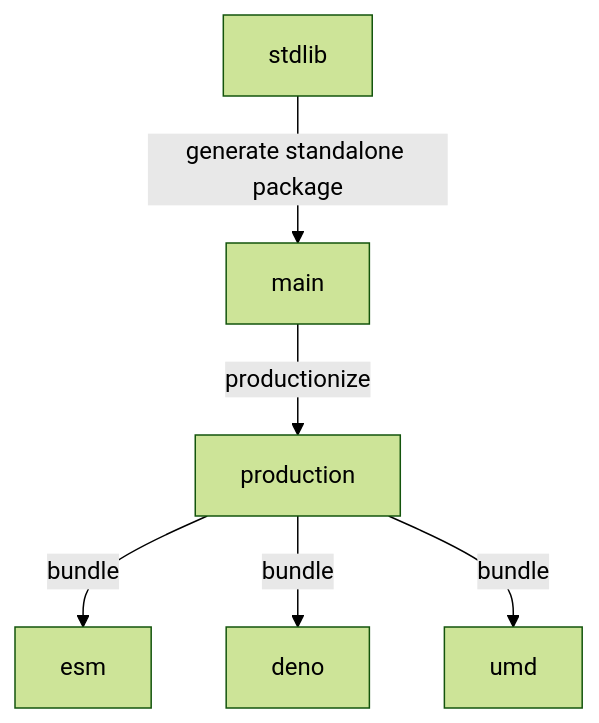
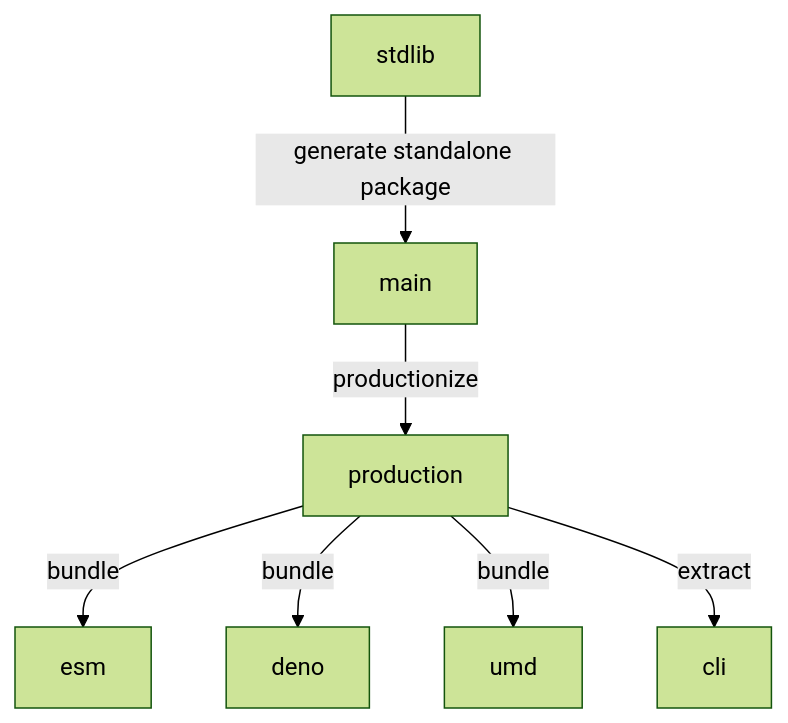
One commit to stdlib-js/random-streams-levy changed the diagram in branches.md. Above: the diagram before and after it, drawn with Mermaid (forest theme). The commit also changed other lines of this file and 11 other files, not shown here.

````diff
--- a/branches.md
+++ b/branches.md
@@ -33,15 +34,17 @@
 ```mermaid
 graph TD;
 A[stdlib]-->|generate standalone package|B;
 B[main] -->|productionize| C[production];
 C -->|bundle| D[esm];
 C -->|bundle| E[deno];
 C -->|bundle| F[umd];
+C -->|extract| G[cli];
 
-click A href "https://github.com/stdlib-js/stdlib/tree/develop/lib/node_modules/%40stdlib/random/streams/levy"
-click B href "https://github.com/stdlib-js/random-streams-levy/tree/main"
-click C href "https://github.com/stdlib-js/random-streams-levy/tree/production"
-click D href "https://github.com/stdlib-js/random-streams-levy/tree/esm"
-click E href "https://github.com/stdlib-js/random-streams-levy/tree/deno"
-click F href "https://github.com/stdlib-js/random-streams-levy/tree/umd"
+%% click A href "https://github.com/stdlib-js/stdlib/tree/develop/lib/node_modules/%40stdlib/random/streams/levy"
+%% click B href "https://github.com/stdlib-js/random-streams-levy/tree/main"
+%% click C href "https://github.com/stdlib-js/random-streams-levy/tree/production"
+%% click D href "https://github.com/stdlib-js/random-streams-levy/tree/esm"
+%% click E href "https://github.com/stdlib-js/random-streams-levy/tree/deno"
+%% click F href "https://github.com/stdlib-js/random-streams-levy/tree/umd"
+%% click G href "https://github.com/stdlib-js/random-streams-levy/tree/cli"
 ```
````
